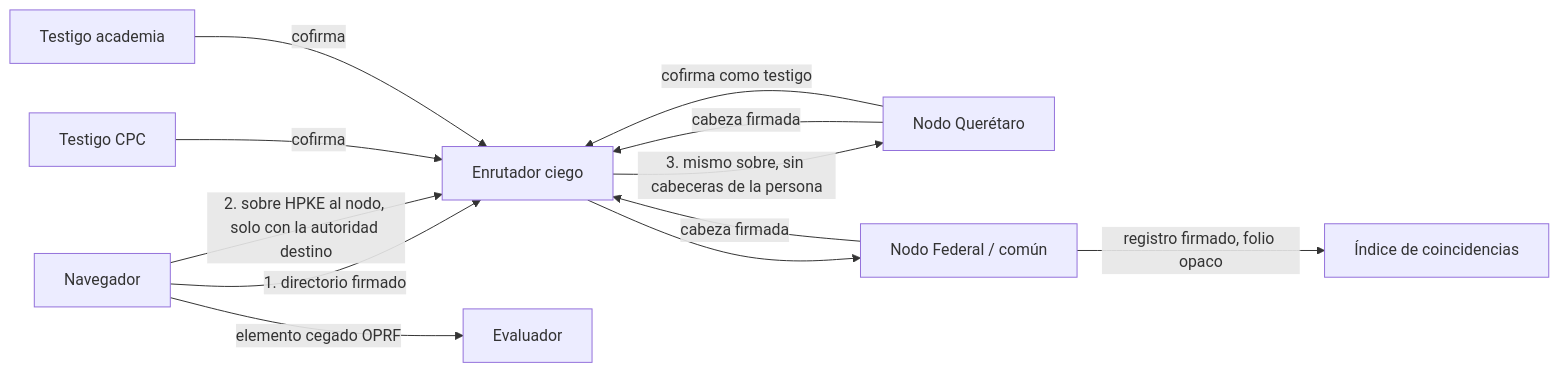
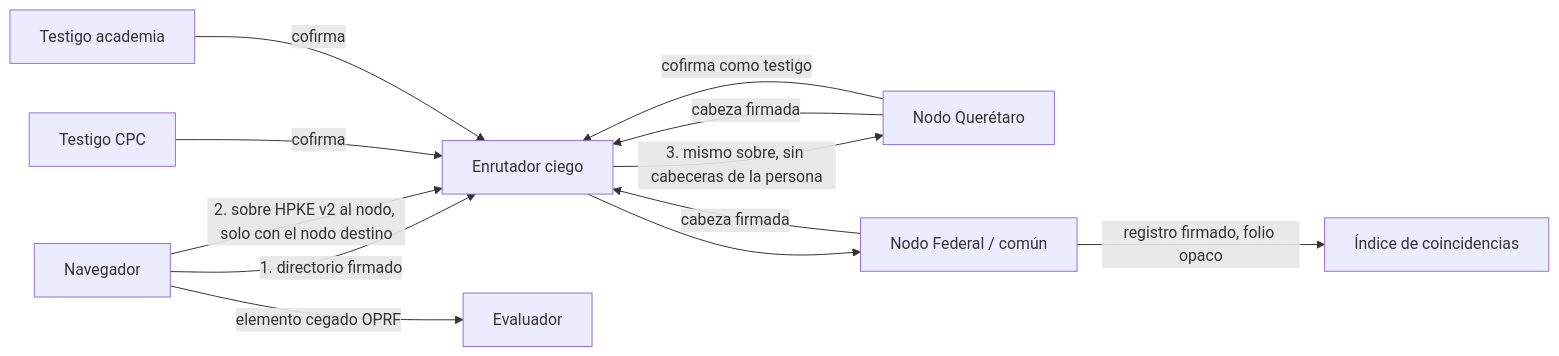
One commit to GuilleOp/sigilo-s5 changed the sixth of 6 diagrams in docs/arquitectura.md. Above: the diagram before and after it, drawn with Mermaid. The commit also changed other lines of this file and 28 other files, not shown here.

First line of the commit message:
feat(enrutador): sobre v2 que nombra solo el nodo destino

````diff
--- a/docs/arquitectura.md
+++ b/docs/arquitectura.md
@@ -242,14 +242,14 @@
 ```mermaid
 flowchart LR
   N[Navegador] -- 1. directorio firmado --> R[Enrutador ciego]
-  N -- 2. sobre HPKE al nodo, solo con la autoridad destino --> R
+  N -- 2. sobre HPKE v2 al nodo, solo con el nodo destino --> R
   R -- 3. mismo sobre, sin cabeceras de la persona --> Q[Nodo Querétaro]
   R --> F[Nodo Federal / común]
   Q -- cabeza firmada --> R
   F -- cabeza firmada --> R
   T1[Testigo CPC] -- cofirma --> R
   T2[Testigo academia] -- cofirma --> R
   Q -- cofirma como testigo --> R
   F -- registro firmado, folio opaco --> I[Índice de coincidencias]
   N -- elemento cegado OPRF --> E[Evaluador]
 ```
````
